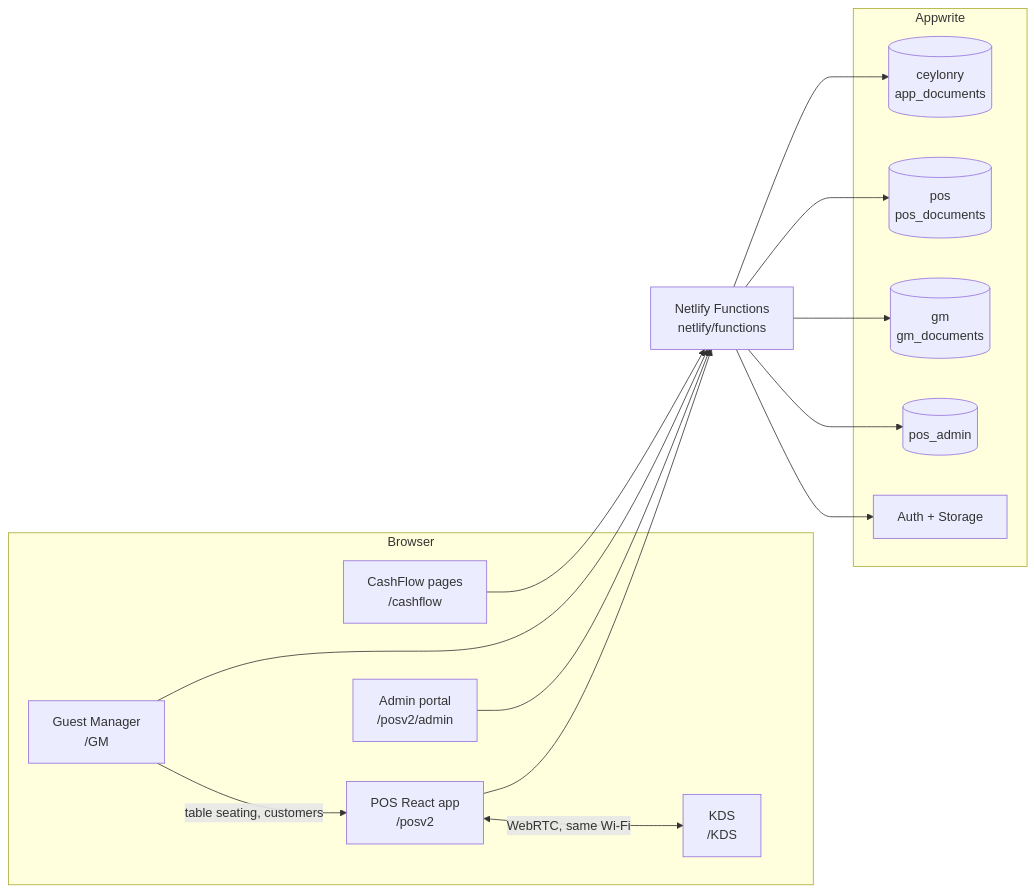
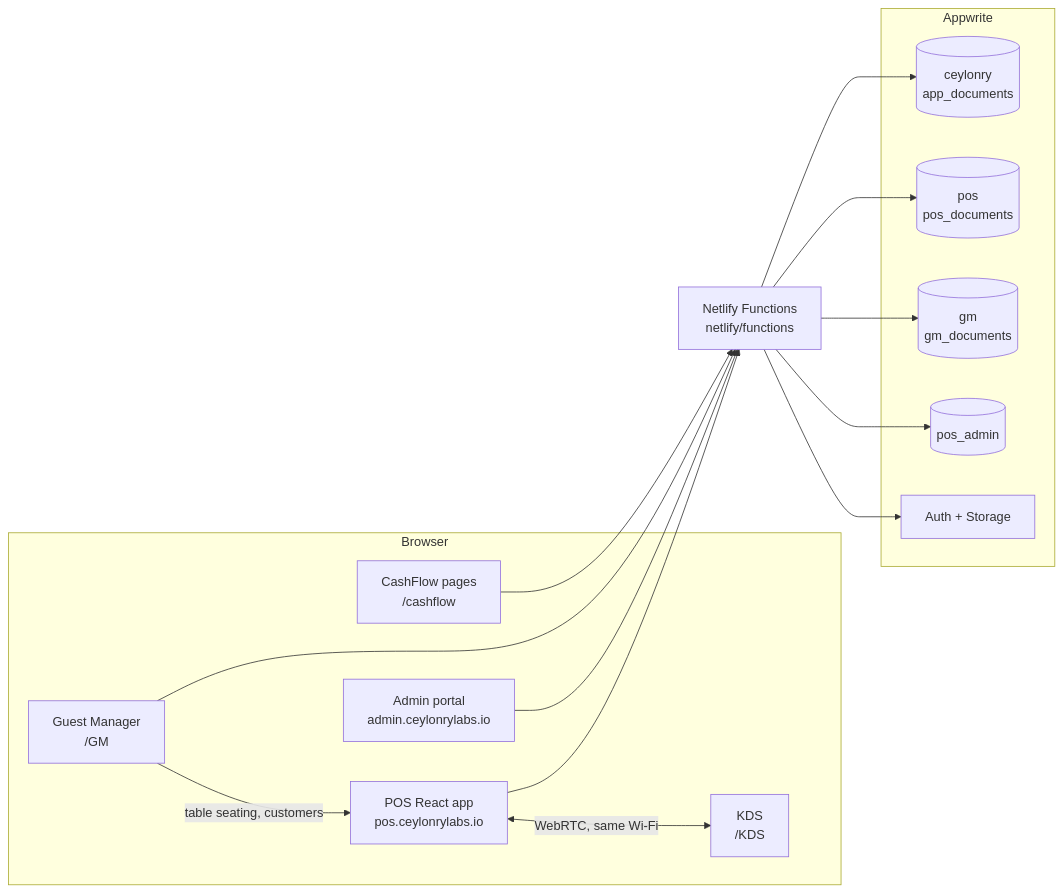
The diagram in README.md (ceylonleadssystem-io/clscashflow), drawn with Mermaid before and after one commit. The commit also changed other lines of this file and 34 other files, not shown here.

Commit message:
POS moves to pos.ceylonrylabs.io (old ceylonrylabs.io/posv2/ redirects there), links and emails updated, service worker controls the whole POS address; the admin portal is only at admin.ceylonrylabs.io (old /posv2/admin paths redirect)

````diff
--- a/README.md
+++ b/README.md
@@ -25,25 +25,25 @@
 ```mermaid
 flowchart LR
   subgraph Browser
     CF[CashFlow pages<br/>/cashflow]
-    POS[POS React app<br/>/posv2]
-    ADM[Admin portal<br/>/posv2/admin]
+    POS[POS React app<br/>pos.ceylonrylabs.io]
+    ADM[Admin portal<br/>admin.ceylonrylabs.io]
     KDS[KDS<br/>/KDS]
     GM[Guest Manager<br/>/GM]
   end
   FN[Netlify Functions<br/>netlify/functions]
   subgraph Appwrite
     A1[(ceylonry<br/>app_documents)]
     A2[(pos<br/>pos_documents)]
     A3[(gm<br/>gm_documents)]
     A4[(pos_admin)]
     AU[Auth + Storage]
   end
   CF --> FN
   POS --> FN
   GM --> FN
   ADM --> FN
   FN --> A1 & A2 & A3 & A4 & AU
   POS <-- "WebRTC, same Wi-Fi" --> KDS
   GM -- "table seating, customers" --> POS
 ```
````
